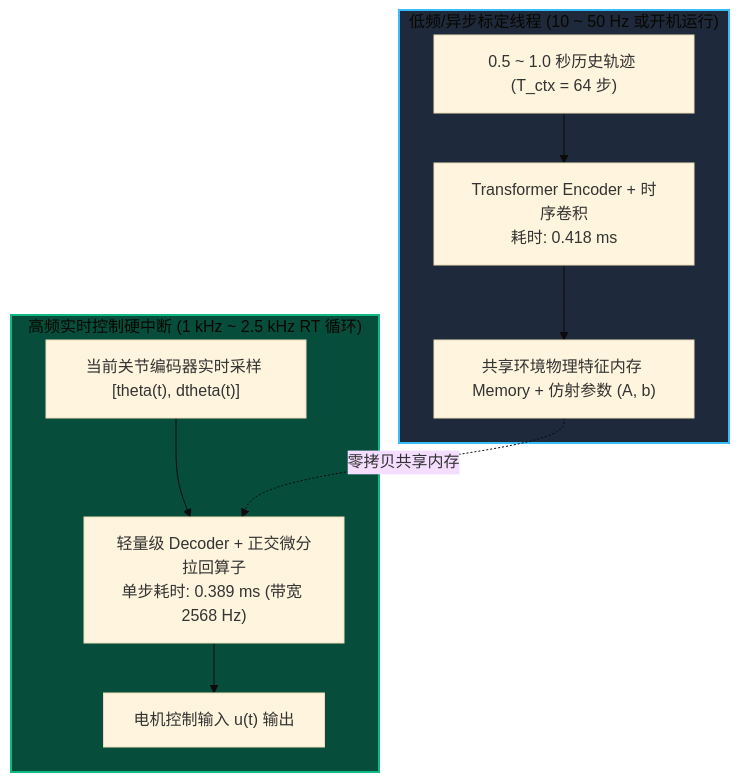
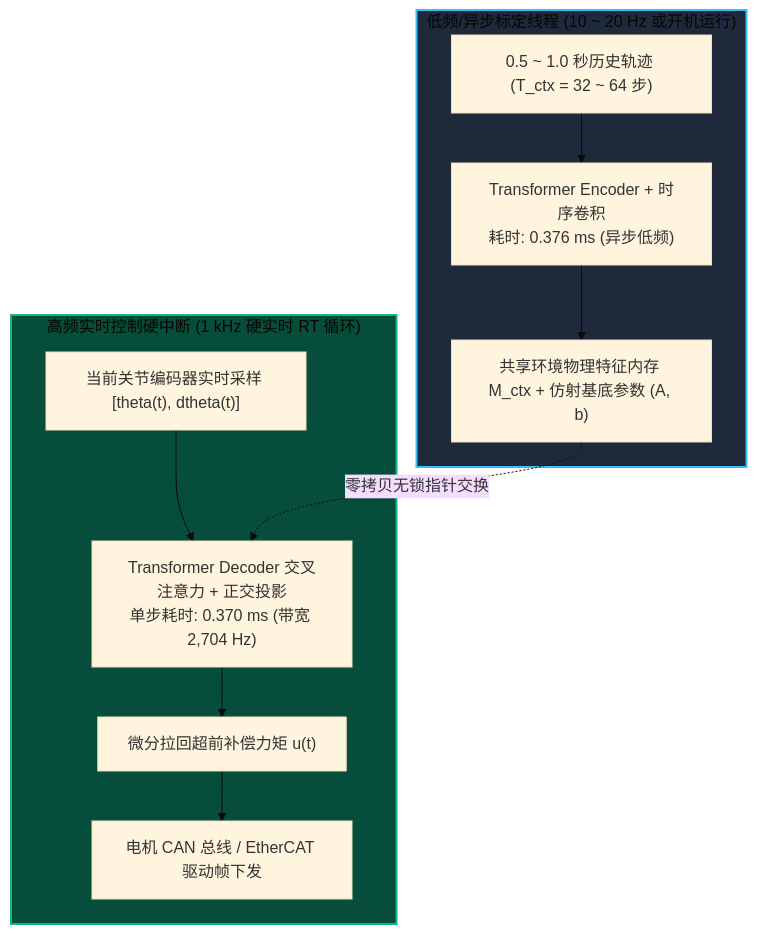
The sixth of 6 diagrams in TENDON_PAPER_ZH.md (fangde/symmetryObserver), drawn with Mermaid (base theme) before and after one commit. The commit also changed other lines of this file and 5 other files, not shown here.

````diff
--- a/TENDON_PAPER_ZH.md
+++ b/TENDON_PAPER_ZH.md
@@ -497,16 +548,17 @@
 ```mermaid
 flowchart TD
-    subgraph Thread1 ["低频/异步标定线程 (10 ~ 50 Hz 或开机运行)"]
-        Ctx["0.5 ~ 1.0 秒历史轨迹 (T_ctx = 64 步)"] --> Enc["Transformer Encoder + 时序卷积<br/>耗时: 0.418 ms"]
-        Enc --> Mem["共享环境物理特征内存 Memory + 仿射参数 (A, b)"]
+    subgraph Thread1 ["低频/异步标定线程 (10 ~ 20 Hz 或开机运行)"]
+        Ctx["0.5 ~ 1.0 秒历史轨迹 (T_ctx = 32 ~ 64 步)"] --> Enc["Transformer Encoder + 时序卷积<br/>耗时: 0.376 ms (异步低频)"]
+        Enc --> Mem["共享环境物理特征内存 M_ctx + 仿射基底参数 (A, b)"]
     end
     
-    subgraph Thread2 ["高频实时控制硬中断 (1 kHz ~ 2.5 kHz RT 循环)"]
-        Qry["当前关节编码器实时采样 [theta(t), dtheta(t)]"] --> Dec["轻量级 Decoder + 正交微分拉回算子<br/>单步耗时: 0.389 ms (带宽 2568 Hz)"]
-        Mem -. "零拷贝共享内存" .-> Dec
-        Dec --> Motor["电机控制输入 u(t) 输出"]
+    subgraph Thread2 ["高频实时控制硬中断 (1 kHz 硬实时 RT 循环)"]
+        Qry["当前关节编码器实时采样 [theta(t), dtheta(t)]"] --> Dec["Transformer Decoder 交叉注意力 + 正交投影<br/>单步耗时: 0.370 ms (带宽 2,704 Hz)"]
+        Mem -. "零拷贝无锁指针交换" .-> Dec
+        Dec --> PullBack["微分拉回超前补偿力矩 u(t)"]
+        PullBack --> Motor["电机 CAN 总线 / EtherCAT 驱动帧下发"]
     end
     
     style Thread1 fill:#1e293b,stroke:#38bdf8,stroke-width:2px
     style Thread2 fill:#064e3b,stroke:#10b981,stroke-width:2px
 ```
````
